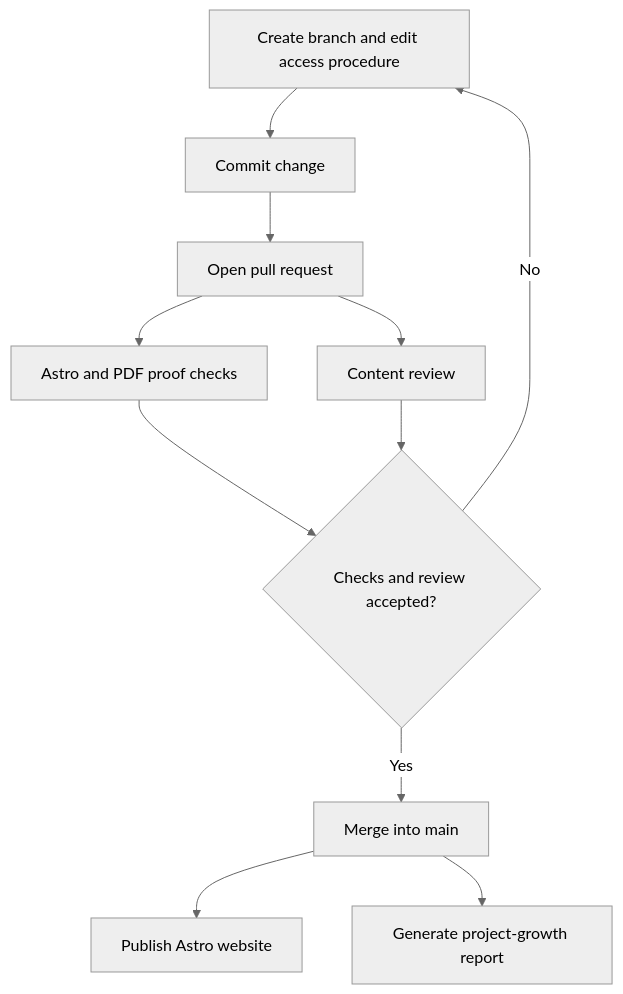
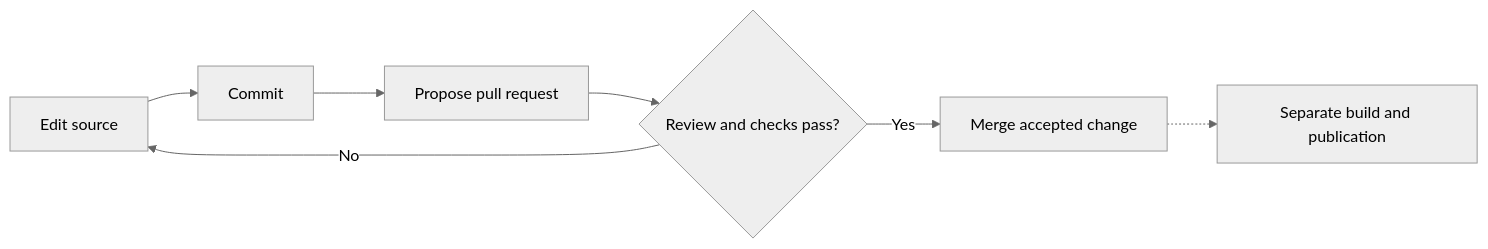
The second of 2 diagrams in docs/02-github-workspace.md (And-Gu/document-as-code-lab), drawn with Mermaid (neutral theme) before and after one commit. The commit also changed other lines of this file and 65 other files, not shown here.

````diff
--- a/docs/02-github-workspace.md
+++ b/docs/02-github-workspace.md
@@ -123,13 +59,9 @@
 ```mermaid
-flowchart TD
-    A[Create branch and edit access procedure] --> B[Commit change]
-    B --> C[Open pull request]
-    C --> D[Astro and PDF proof checks]
-    C --> E[Content review]
-    D --> F{Checks and review accepted?}
-    E --> F
-    F -->|Yes| G[Merge into main]
-    F -->|No| A
-    G --> H[Publish Astro website]
-    G --> I[Generate project-growth report]
+flowchart LR
+ E[Edit source] --> C[Commit]
+ C --> P[Propose pull request]
+ P --> R{Review and checks pass?}
+ R -->|No| E
+ R -->|Yes| M[Merge accepted change]
+ M -.-> B[Separate build and publication]
 ```
````
